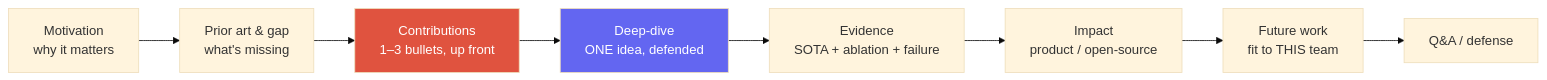
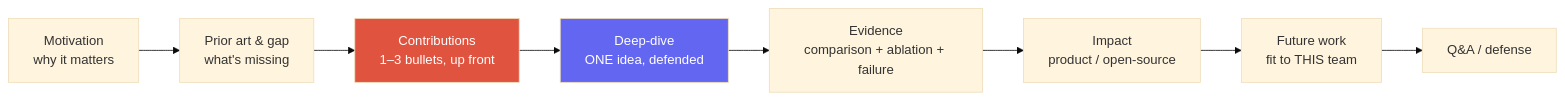
One commit to beomyoung-kim/ml_study changed the first of 3 diagrams in content/research/job-talk.ko.md. Above: the diagram before and after it, drawn with Mermaid (base theme). The commit also changed other lines of this file and 209 other files, not shown here.

````diff
--- a/content/research/job-talk.ko.md
+++ b/content/research/job-talk.ko.md
@@ -30,12 +30,12 @@
 ```mermaid
 flowchart LR
-  A[Motivation<br/>why it matters] --> B[Prior art & gap<br/>what's missing]
-  B --> C[Contributions<br/>1–3 bullets, up front]
-  C --> D[Deep-dive<br/>ONE idea, defended]
-  D --> E[Evidence<br/>SOTA + ablation + failure]
-  E --> F[Impact<br/>product / open-source]
-  F --> G[Future work<br/>fit to THIS team]
-  G --> Q[Q&A / defense]
-  style C fill:#e0533f,color:#fff
-  style D fill:#6366f1,color:#fff
+  JTArcMotivation[Motivation<br/>why it matters] --> JTArcGap[Prior art & gap<br/>what's missing]
+  JTArcGap --> JTArcContrib[Contributions<br/>1–3 bullets, up front]
+  JTArcContrib --> JTArcDeepDive[Deep-dive<br/>ONE idea, defended]
+  JTArcDeepDive --> JTArcEvidence[Evidence<br/>comparison + ablation + failure]
+  JTArcEvidence --> JTArcImpact[Impact<br/>product / open-source]
+  JTArcImpact --> JTArcFuture[Future work<br/>fit to THIS team]
+  JTArcFuture --> JTArcQA[Q&A / defense]
+  style JTArcContrib fill:#e0533f,color:#fff
+  style JTArcDeepDive fill:#6366f1,color:#fff
 ```
````
